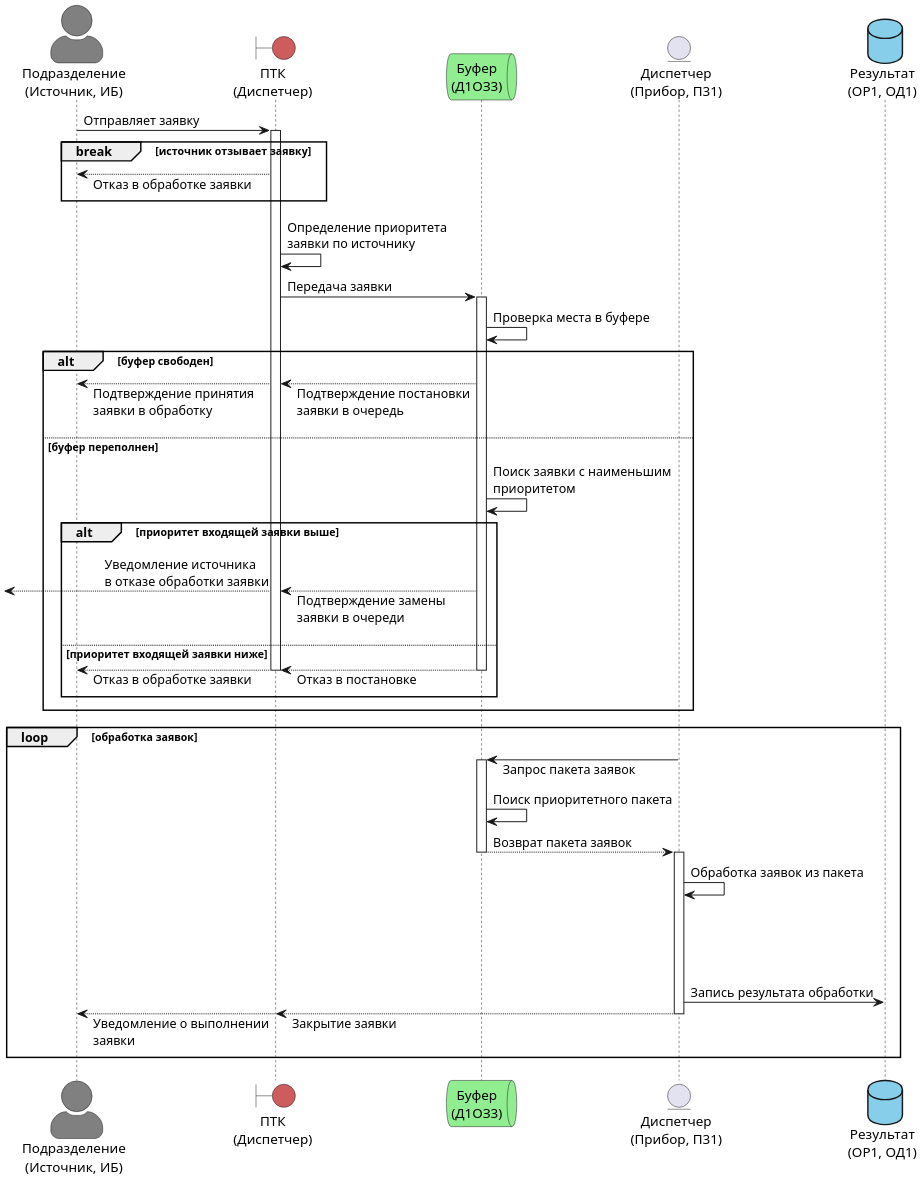
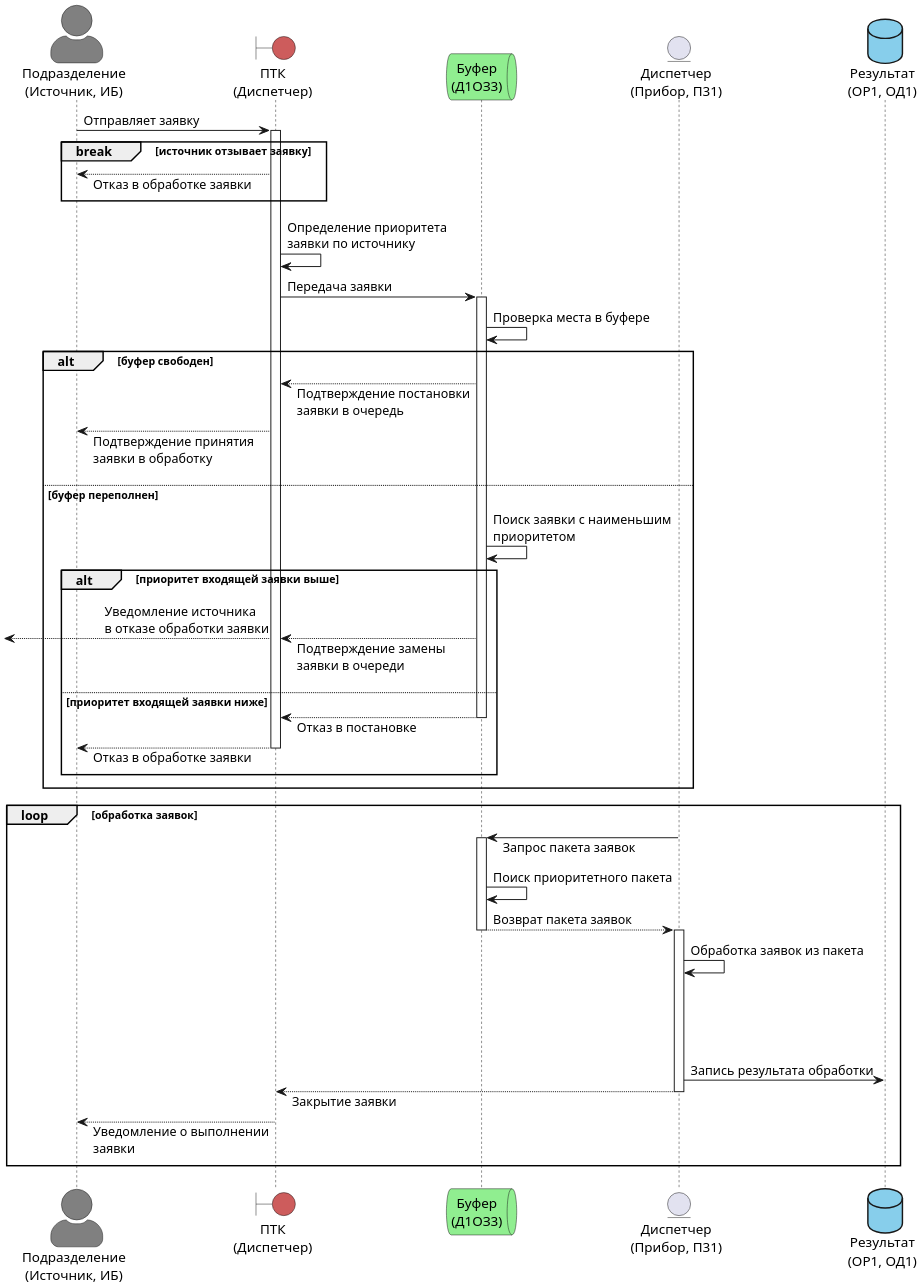
One commit to zagric/ASS changed the diagram in docs/diagrams/src/sequnce.plantuml. Above: the diagram before and after it, drawn with PlantUML. The commit also changed 1 other file, not shown here.

```diff
--- a/docs/diagrams/src/sequnce.plantuml
+++ b/docs/diagrams/src/sequnce.plantuml
@@ -1,45 +1,45 @@
 @startuml sequence-diagram
 	!pragma teoz true
 
 	skinparam ActorStyle awesome
 	skinparam ResponseMessageBelowArrow true
 	scale 2
 
 	actor 		"Подразделение\n(Источник, ИБ)"	as source #Gray
 	boundary	"ПТК\n(Диспетчер)"							as ptk #IndianRed
 	queue			"Буфер\n(Д1ОЗ3)"								as buffer #LightGreen
 	entity		"Диспетчер\n(Прибор, П31)"			as worker
 	database	"Результат\n(ОР1, ОД1)"					as db #SkyBlue
 
 	source	-> ptk++:			Отправляет заявку
 	break источник отзывает заявку
 		source	<-- ptk:		Отказ в обработке заявки
 	end
 	ptk			-> ptk:				Определение приоритета\nзаявки по источнику
 	ptk			-> buffer++:	Передача заявки
 	buffer	-> buffer:		Проверка места в буфере
 	alt буфер свободен
 		ptk			<-- buffer:	Подтверждение постановки\nзаявки в очередь
-		&source	<-- ptk:		Подтверждение принятия\nзаявки в обработку
+		source	<-- ptk:		Подтверждение принятия\nзаявки в обработку
 	else буфер переполнен
 		buffer	-> buffer:	Поиск заявки с наименьшим\nприоритетом
 		alt приоритет входящей заявки выше
 			ptk			<-- buffer:		Подтверждение замены\nзаявки в очереди
 			&				<-- ptk:			Уведомление источника\nв отказе обработки заявки
 		else приоритет входящей заявки ниже
 			ptk			<-- buffer--:	Отказ в постановке
-			&source	<-- ptk--:		Отказ в обработке заявки
+			source	<-- ptk--:		Отказ в обработке заявки
 		end
 	end
 
 	loop обработка заявок
 		buffer		<-	worker++:		Запрос пакета заявок
 		buffer		->	buffer:			Поиск приоритетного пакета
 		buffer		-->	worker--++:	Возврат пакета заявок
 		worker		-> worker:			Обработка заявок из пакета
 		||80||
 		worker		-> db:					Запись результата обработки
 		ptk				<-- worker--:		Закрытие заявки
-		&source		<-- ptk:				Уведомление о выполнении\nзаявки
+		source		<-- ptk:				Уведомление о выполнении\nзаявки
 	end
 @enduml
```
